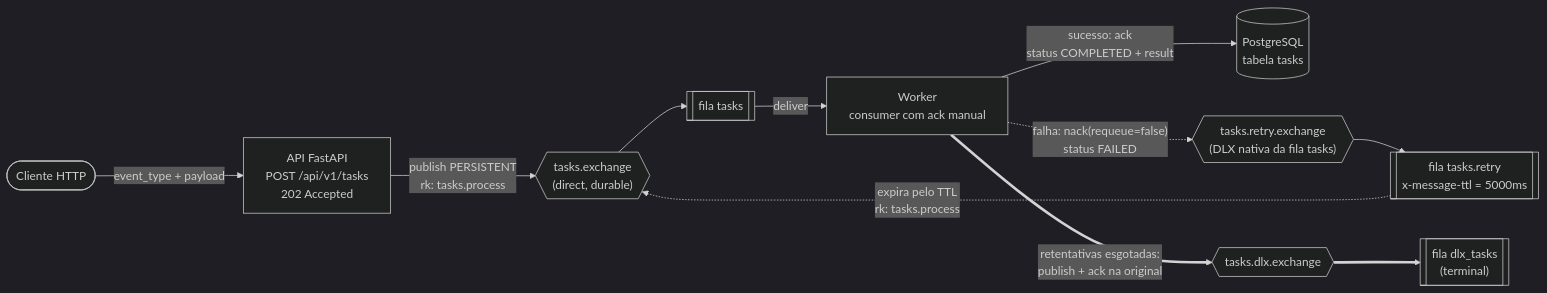
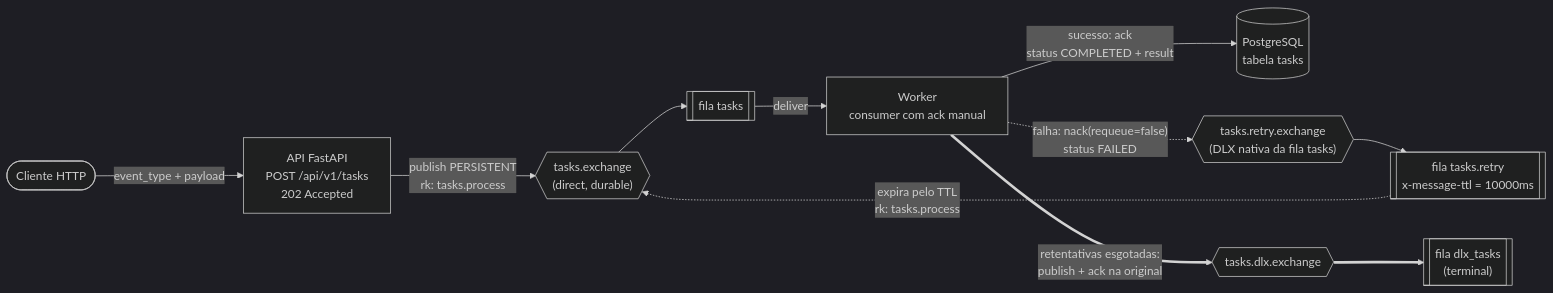
Before and after one commit to ptkguedes/async-event-worker: the diagram in README.md, drawn with Mermaid (dark theme). The commit also changed other lines of this file and 5 other files, not shown here.

````diff
--- a/README.md
+++ b/README.md
@@ -45,24 +45,24 @@
 ```mermaid
 flowchart LR
     client([Cliente HTTP])
     api["API FastAPI<br/>POST /api/v1/tasks<br/>202 Accepted"]
     tx{{"tasks.exchange<br/>(direct, durable)"}}
     tq[["fila tasks"]]
     worker["Worker<br/>consumer com ack manual"]
     db[("PostgreSQL<br/>tabela tasks")]
     rx{{"tasks.retry.exchange<br/>(DLX nativa da fila tasks)"}}
-    rq[["fila tasks.retry<br/>x-message-ttl = 5000ms"]]
+    rq[["fila tasks.retry<br/>x-message-ttl = 10000ms"]]
     dx{{"tasks.dlx.exchange"}}
     dq[["fila dlx_tasks<br/>(terminal)"]]
 
     client -->|"event_type + payload"| api
     api -->|"publish PERSISTENT<br/>rk: tasks.process"| tx
     tx --> tq
     tq -->|"deliver"| worker
     worker -->|"sucesso: ack<br/>status COMPLETED + result"| db
     worker -.->|"falha: nack(requeue=false)<br/>status FAILED"| rx
     rx --> rq
     rq -.->|"expira pelo TTL<br/>rk: tasks.process"| tx
     worker ==>|"retentativas esgotadas:<br/>publish + ack na original"| dx
     dx ==> dq
 ```
````
